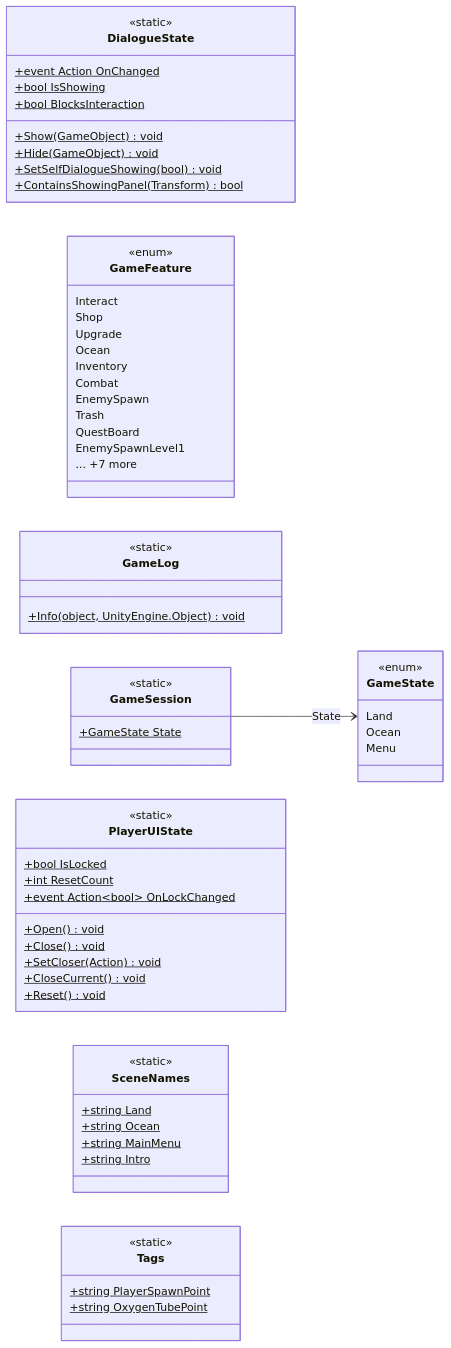
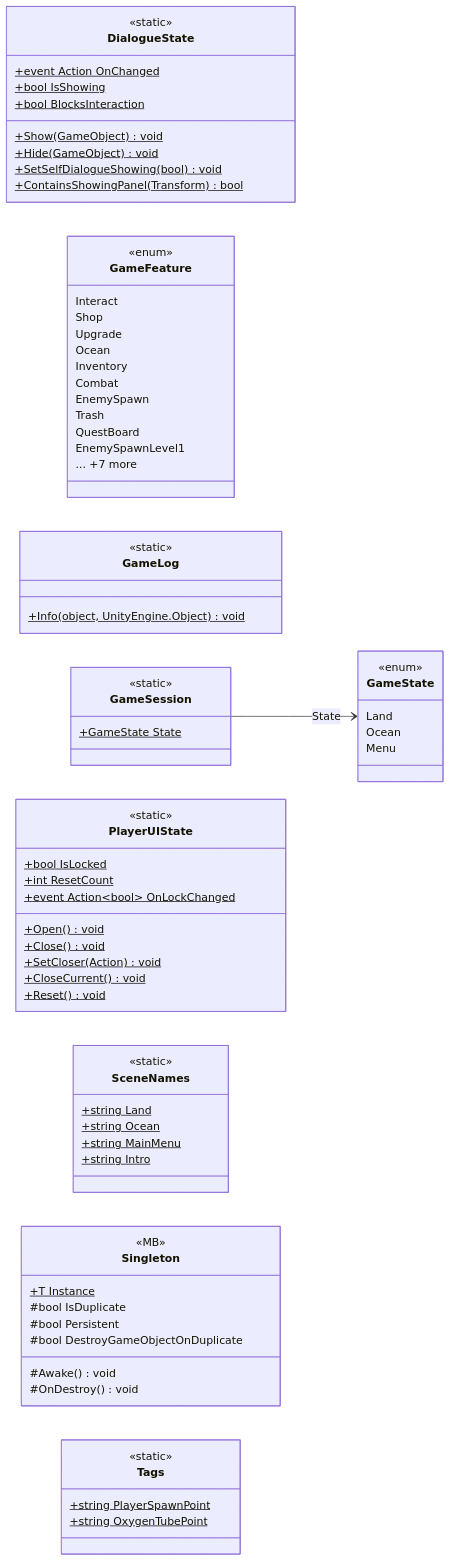
One commit to PhumipatWave/project-ocean changed the diagram in docs/uml/modules/Core.md. Above: the diagram before and after it, drawn with Mermaid. The commit also changed other lines of this file and 71 other files, not shown here.

Commit message:
Update UML diagrams

````diff
--- a/docs/uml/modules/Core.md
+++ b/docs/uml/modules/Core.md
@@ -7,66 +7,76 @@
 ```mermaid
 classDiagram
   direction LR
   class DialogueState {
     <<static>>
     +event Action OnChanged$
     +bool IsShowing$
     +bool BlocksInteraction$
     +Show(GameObject)$ void
     +Hide(GameObject)$ void
     +SetSelfDialogueShowing(bool)$ void
     +ContainsShowingPanel(Transform)$ bool
   }
   class GameFeature {
     <<enum>>
     Interact
     Shop
     Upgrade
     Ocean
     Inventory
     Combat
     EnemySpawn
     Trash
     QuestBoard
     EnemySpawnLevel1
     ... +7 more
   }
   class GameLog {
     <<static>>
     +Info(object, UnityEngine.Object)$ void
   }
   class GameSession {
     <<static>>
     +GameState State$
   }
   class GameState {
     <<enum>>
     Land
     Ocean
     Menu
   }
   class PlayerUIState {
     <<static>>
     +bool IsLocked$
     +int ResetCount$
     +event Action~bool~ OnLockChanged$
     +Open()$ void
     +Close()$ void
     +SetCloser(Action)$ void
     +CloseCurrent()$ void
     +Reset()$ void
   }
   class SceneNames {
     <<static>>
     +string Land$
     +string Ocean$
     +string MainMenu$
     +string Intro$
   }
+  class Singleton {
+    <<MB>>
+    <<abstract>>
+    +T Instance$
+    #bool IsDuplicate
+    #bool Persistent
+    #bool DestroyGameObjectOnDuplicate
+    #Awake() void
+    #OnDestroy() void
+  }
   class Tags {
     <<static>>
     +string PlayerSpawnPoint$
     +string OxygenTubePoint$
   }
   GameSession --> GameState : State
 ```
````
